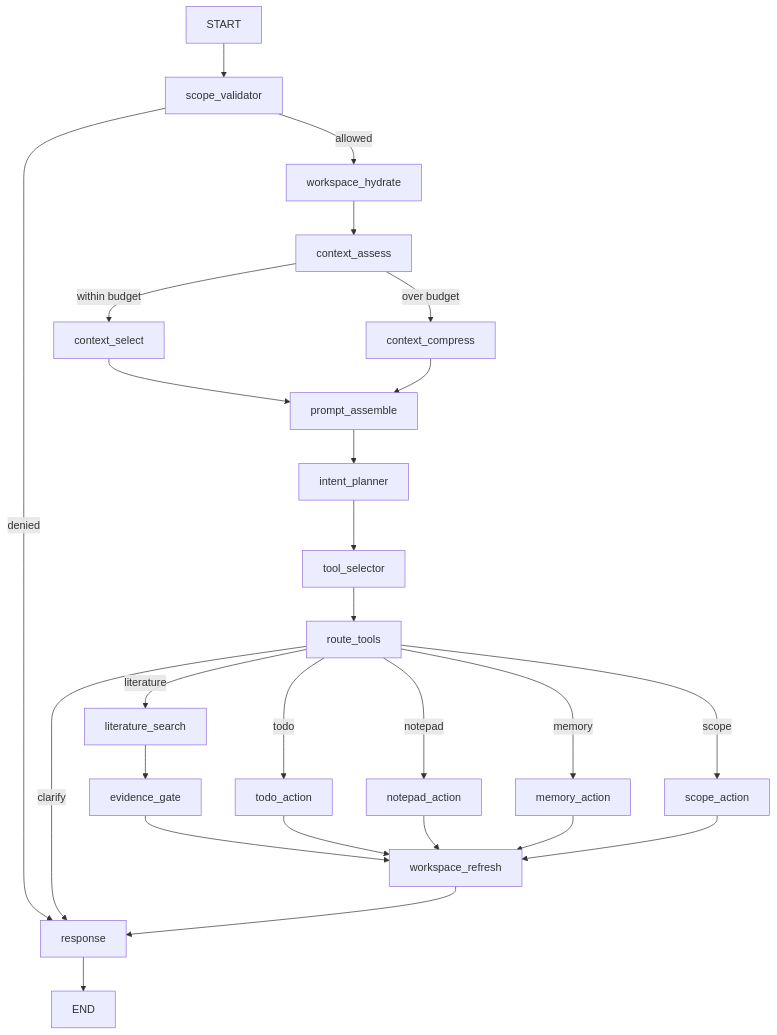
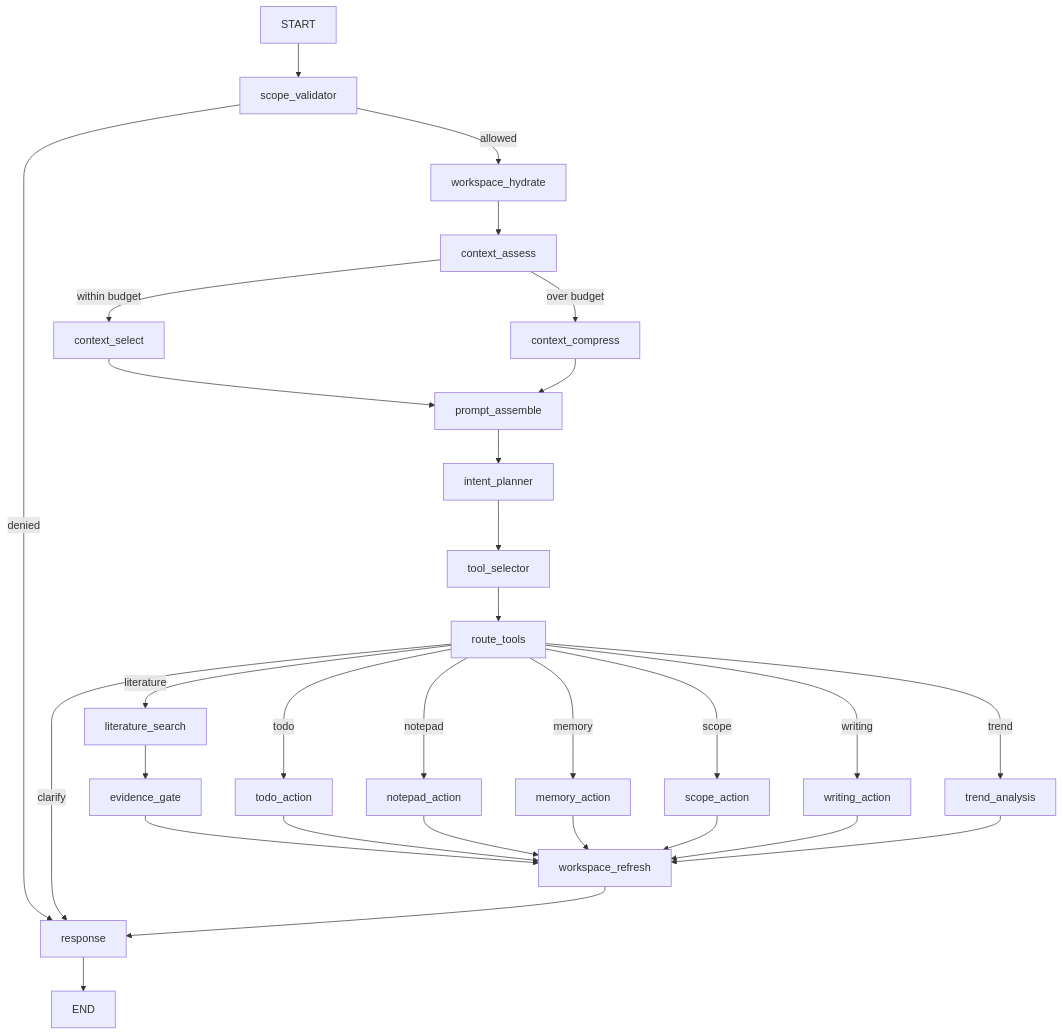
The diagram in backend/app/platform/agents/research/README.md (Ouroboros-ga/ai-course-system), drawn with Mermaid before and after one commit. The commit also changed other lines of this file and 68 other files, not shown here.

````diff
--- a/backend/app/platform/agents/research/README.md
+++ b/backend/app/platform/agents/research/README.md
@@ -34,28 +36,32 @@
 ```mermaid
 flowchart TD
     A["START"] --> B["scope_validator"]
     B -->|allowed| C["workspace_hydrate"]
     B -->|denied| R["response"]
     C --> D["context_assess"]
     D -->|within budget| E["context_select"]
     D -->|over budget| F["context_compress"]
     E --> G["prompt_assemble"]
     F --> G
     G --> H["intent_planner"]
     H --> I["tool_selector"]
     I --> J["route_tools"]
     J -->|literature| K["literature_search"]
     J -->|todo| L["todo_action"]
     J -->|notepad| M["notepad_action"]
     J -->|memory| N["memory_action"]
     J -->|scope| O["scope_action"]
+    J -->|writing| W["writing_action"]
+    J -->|trend| T["trend_analysis"]
     J -->|clarify| R
     K --> P["evidence_gate"]
     P --> Q["workspace_refresh"]
     L --> Q
     M --> Q
     N --> Q
     O --> Q
+    W --> Q
+    T --> Q
     Q --> R
     R --> Z["END"]
 ```
````
